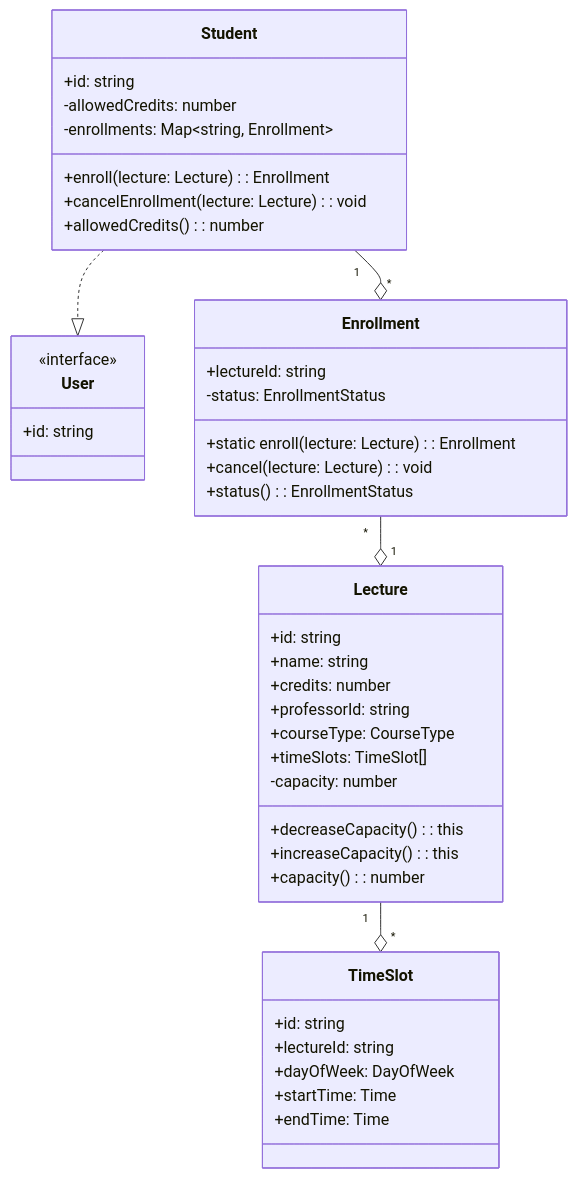
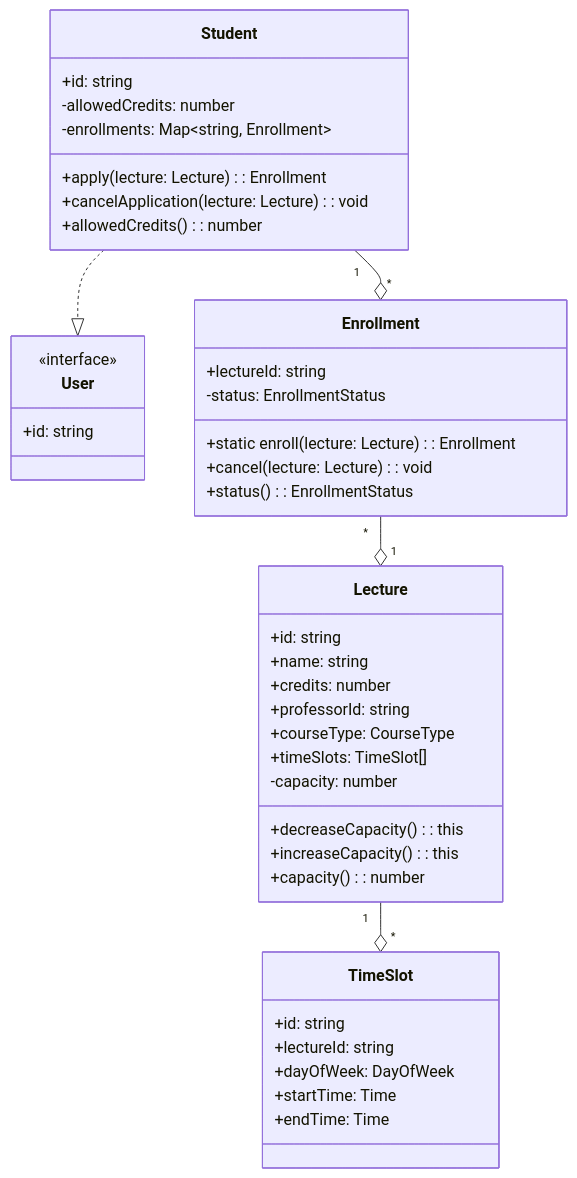
One commit to ModelToSystem/modeling changed the diagram in parts/part-2-학사관리-시스템/jimyung/src/README.md. Above: the diagram before and after it, drawn with Mermaid. The commit also changed other lines of this file and 2 other files, not shown here.

````diff
--- a/parts/part-2-학사관리-시스템/jimyung/src/README.md
+++ b/parts/part-2-학사관리-시스템/jimyung/src/README.md
@@ -3,50 +9,50 @@
 ```mermaid
 classDiagram
 class User {
 <<interface>>
 +id: string
 }
 
     class Student {
         +id: string
         -allowedCredits: number
         -enrollments: Map~string, Enrollment~
-        +enroll(lecture: Lecture): Enrollment
-        +cancelEnrollment(lecture: Lecture): void
+        +apply(lecture: Lecture): Enrollment
+        +cancelApplication(lecture: Lecture): void
         +allowedCredits(): number
     }
 
     class Enrollment {
         +lectureId: string
         -status: EnrollmentStatus
         +static enroll(lecture: Lecture): Enrollment
         +cancel(lecture: Lecture): void
         +status(): EnrollmentStatus
     }
 
     class Lecture {
         +id: string
         +name: string
         +credits: number
         +professorId: string
         +courseType: CourseType
         +timeSlots: TimeSlot[]
         -capacity: number
         +decreaseCapacity(): this
         +increaseCapacity(): this
         +capacity(): number
     }
 
     class TimeSlot {
         +id: string
         +lectureId: string
         +dayOfWeek: DayOfWeek
         +startTime: Time
         +endTime: Time
     }
 
     Student ..|> User
     Student "1" --o "*" Enrollment
     Enrollment "*" --o "1" Lecture
     Lecture "1" --o "*" TimeSlot
 ```
````
